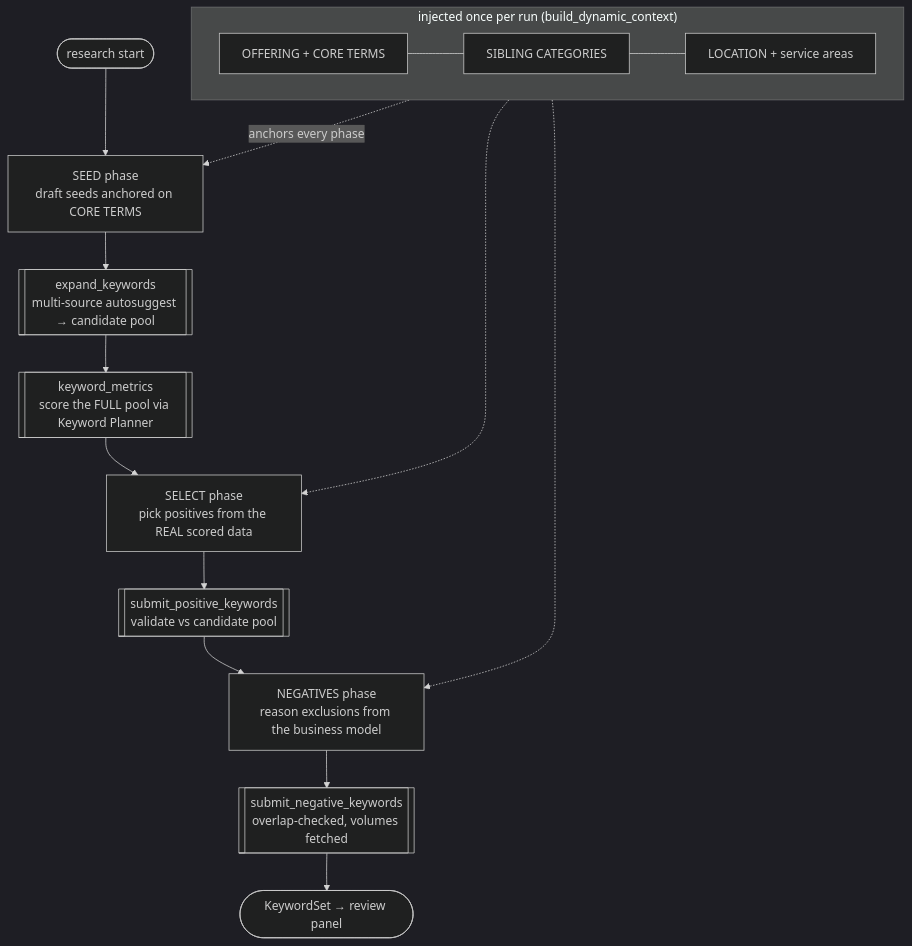
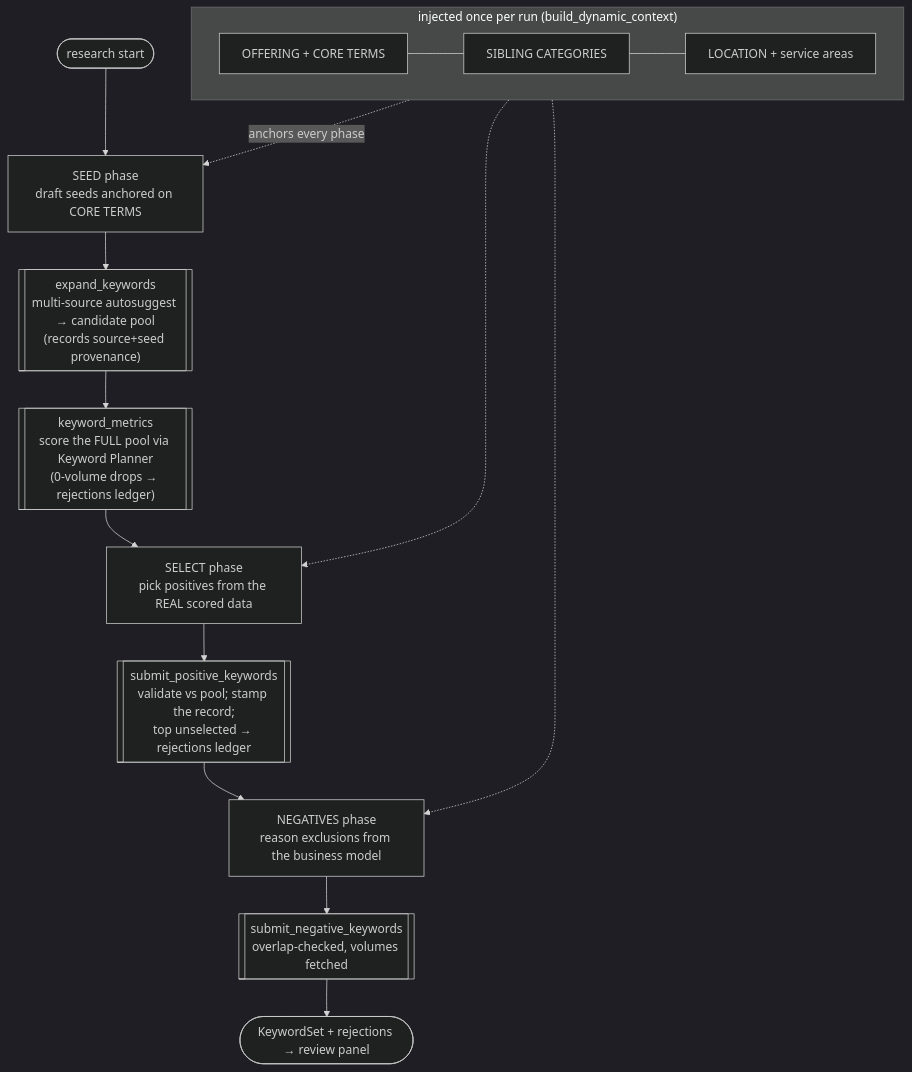
One commit to modlix-india/nocode-ai changed the second of 3 diagrams in app/agents/adzump/agents/campaign/google/keyword/AGENT.md. Above: the diagram before and after it, drawn with Mermaid (dark theme). The commit also changed other lines of this file and 24 other files, not shown here.

````diff
--- a/app/agents/adzump/agents/campaign/google/keyword/AGENT.md
+++ b/app/agents/adzump/agents/campaign/google/keyword/AGENT.md
@@ -153,22 +177,22 @@
 ```mermaid
 flowchart TD
     A([research start]) --> B
 
     subgraph Context["injected once per run (build_dynamic_context)"]
       direction LR
       C1[OFFERING + CORE TERMS] --- C2[SIBLING CATEGORIES] --- C3[LOCATION + service areas]
     end
 
     B["SEED phase<br/>draft seeds anchored on CORE TERMS"] --> T1
-    T1[["expand_keywords<br/>multi-source autosuggest → candidate pool"]] --> T2
-    T2[["keyword_metrics<br/>score the FULL pool via Keyword Planner"]] --> D
+    T1[["expand_keywords<br/>multi-source autosuggest → candidate pool<br/>(records source+seed provenance)"]] --> T2
+    T2[["keyword_metrics<br/>score the FULL pool via Keyword Planner<br/>(0-volume drops → rejections ledger)"]] --> D
     D["SELECT phase<br/>pick positives from the REAL scored data"] --> T3
-    T3[["submit_positive_keywords<br/>validate vs candidate pool"]] --> E
+    T3[["submit_positive_keywords<br/>validate vs pool; stamp the record;<br/>top unselected → rejections ledger"]] --> E
     E["NEGATIVES phase<br/>reason exclusions from the business model"] --> T4
     T4[["submit_negative_keywords<br/>overlap-checked, volumes fetched"]] --> F
-    F([KeywordSet → review panel])
+    F([KeywordSet + rejections → review panel])
 
     Context -.anchors every phase.-> B
     Context -.-> D
     Context -.-> E
 ```
````
